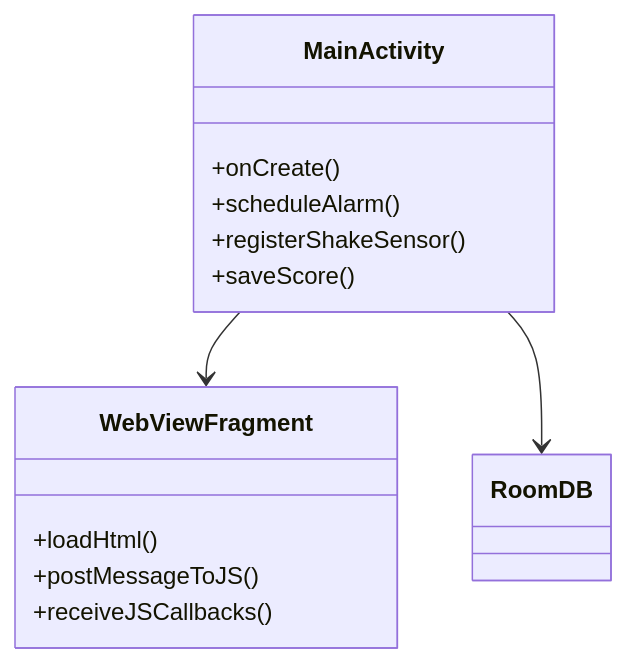
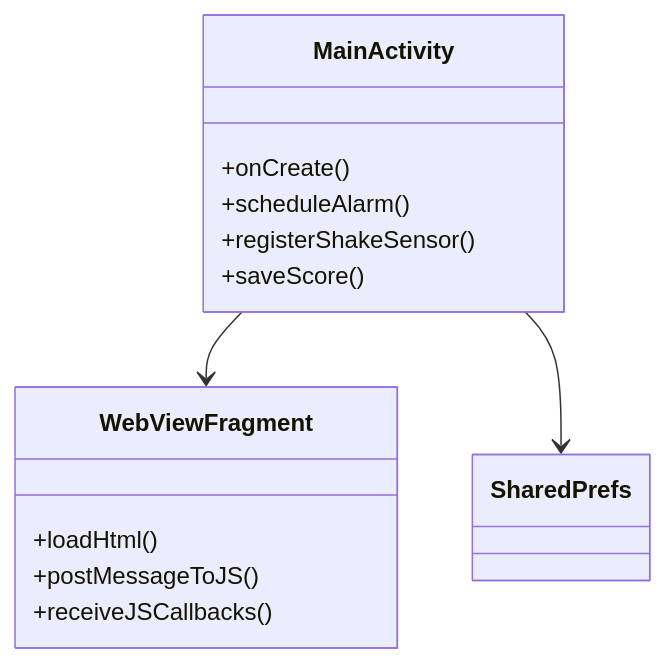
The second of 2 diagrams in cs/GuysFinal.md (3strategy/mathBeautifulFork), drawn with Mermaid before and after one commit. The commit also changed other lines of this file, not shown here.

```diff
--- a/cs/GuysFinal.md
+++ b/cs/GuysFinal.md
@@ -48,18 +46,17 @@
 <div class="mermaid">
-
 classDiagram
     class MainActivity {
         +onCreate()
         +scheduleAlarm()
         +registerShakeSensor()
         +saveScore()
     }
     class WebViewFragment {
         +loadHtml()
         +postMessageToJS()
         +receiveJSCallbacks()
     }
+    class SharedPrefs
     MainActivity --> WebViewFragment
-    MainActivity --> RoomDB
-
+    MainActivity --> SharedPrefs
 </div>
```
